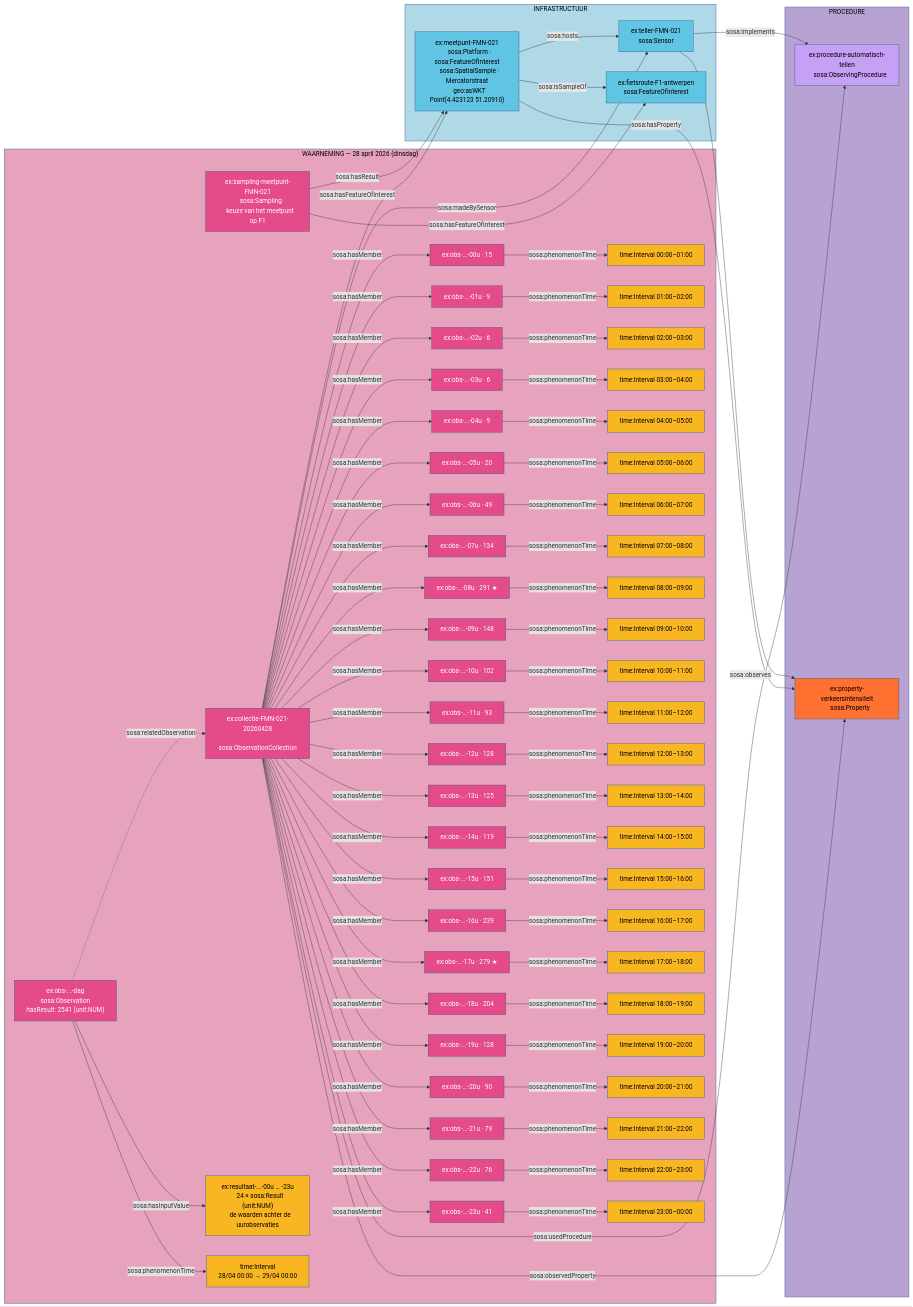
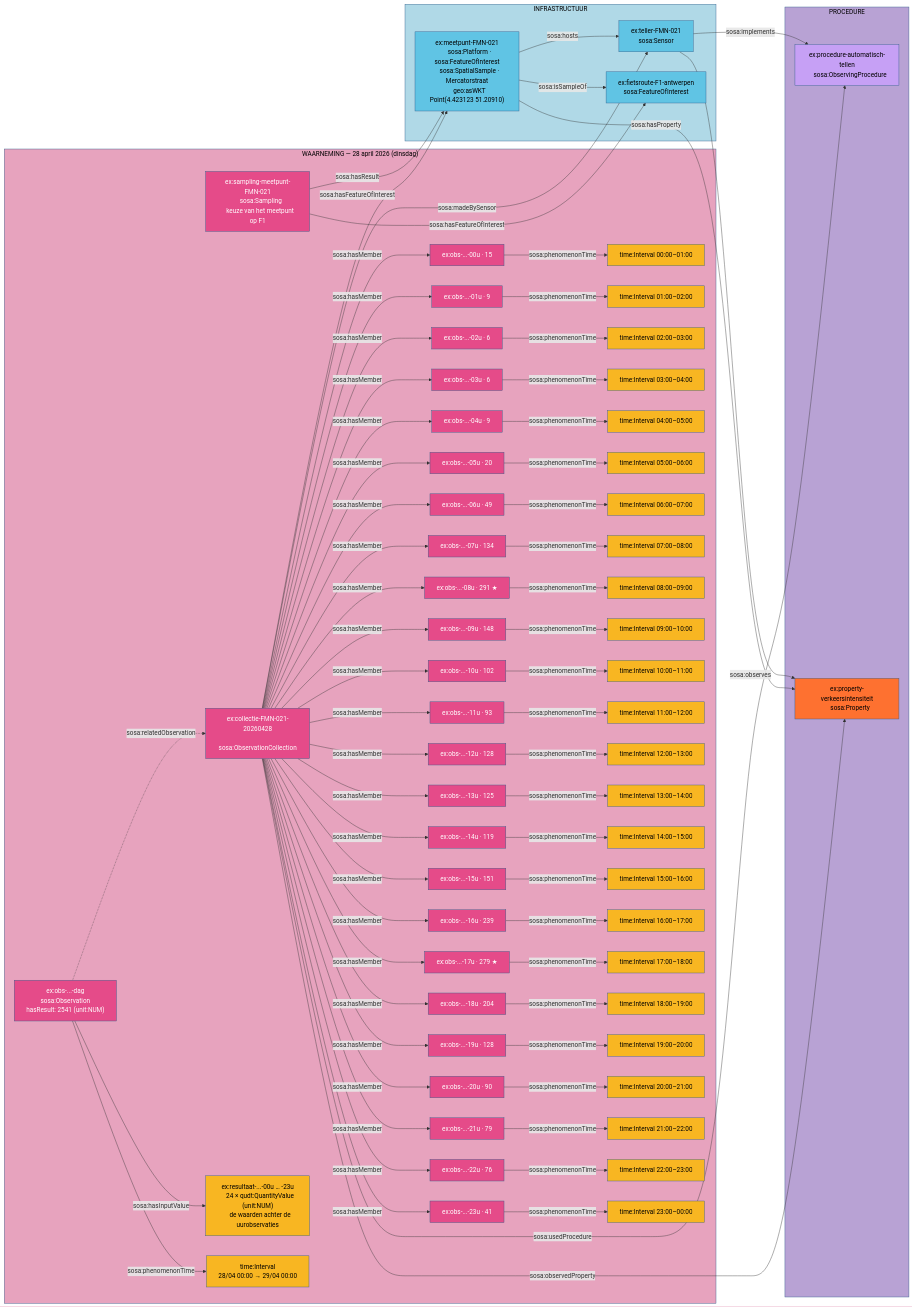
Before and after one commit to Informatievlaanderen/OSLOthema-SSNSOSA-VL: the diagram in src/main/input/verkeersmetingen/verkeersmetingen.mmd, drawn with Mermaid. The commit also changed 66 other files, not shown here.

First line of the commit message:
Results as qudt:QuantityValue; CSOR units as qudt:Unit; VHA literals; ld-mcp 0.4

```diff
--- a/src/main/input/verkeersmetingen/verkeersmetingen.mmd
+++ b/src/main/input/verkeersmetingen/verkeersmetingen.mmd
@@ -30,7 +30,7 @@
     sosa:Observation
     hasResult: 2541 (unit:NUM)"]
     RU["ex:resultaat-...-00u … -23u
-    24 × sosa:Result (unit:NUM)
+    24 × qudt:QuantityValue (unit:NUM)
     de waarden achter de uurobservaties"]
     TD["time:Interval
     28/04 00:00 → 29/04 00:00"]
```
